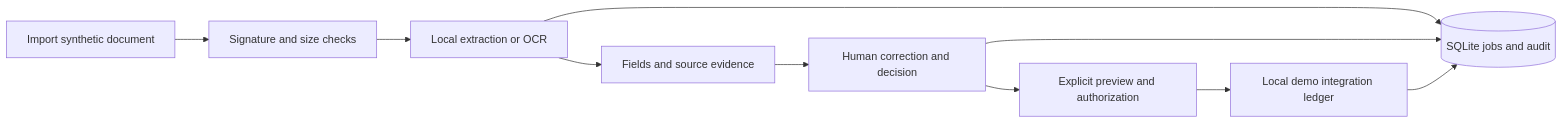
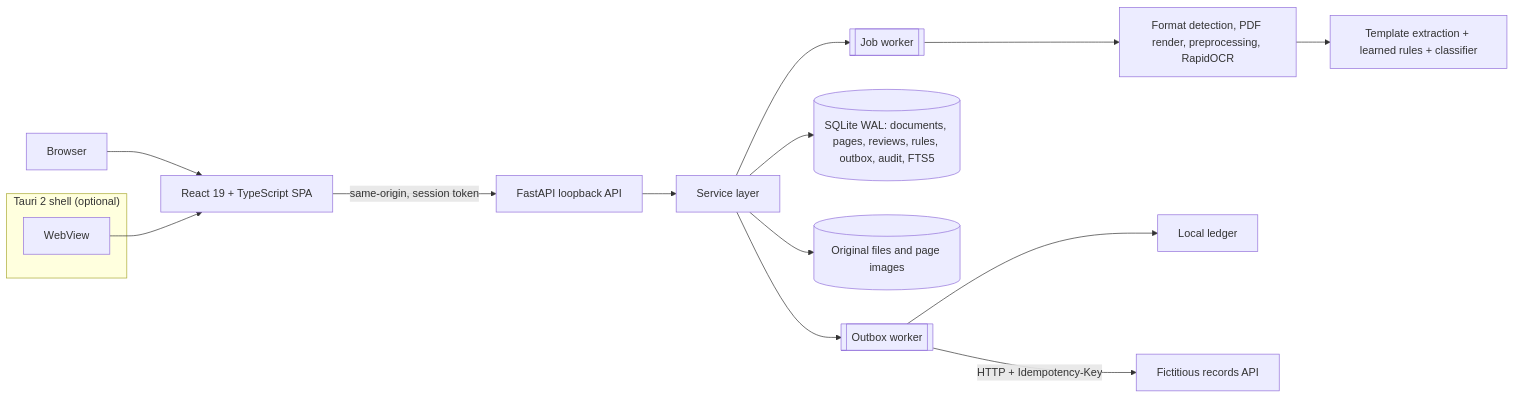
The diagram in README.md (victormrreis/letranix-document-intelligence), drawn with Mermaid before and after one commit. The commit also changed other lines of this file and 101 other files, not shown here.

````diff
--- a/README.md
+++ b/README.md
@@ -40,12 +51,18 @@
 ```mermaid
 flowchart LR
-  A[Import synthetic document] --> B[Signature and size checks]
-  B --> C[Local extraction or OCR]
-  C --> D[Fields and source evidence]
-  D --> E[Human correction and decision]
-  E --> F[Explicit preview and authorization]
-  F --> G[Local demo integration ledger]
-  C --> H[(SQLite jobs and audit)]
-  E --> H
-  G --> H
+  subgraph Desktop["Tauri 2 shell (optional)"]
+    W[WebView]
+  end
+  B[Browser] --> UI
+  W --> UI
+  UI[React 19 + TypeScript SPA] -->|same-origin, session token| API[FastAPI loopback API]
+  API --> S[Service layer]
+  S --> Q[[Job worker]]
+  Q --> OCR[Format detection, PDF render, preprocessing, RapidOCR]
+  OCR --> X[Template extraction + learned rules + classifier]
+  S --> DB[(SQLite WAL: documents, pages, reviews, rules, outbox, audit, FTS5)]
+  S --> F[(Original files and page images)]
+  S --> O[[Outbox worker]]
+  O --> L[Local ledger]
+  O -->|HTTP + Idempotency-Key| M[Fictitious records API]
 ```
````
